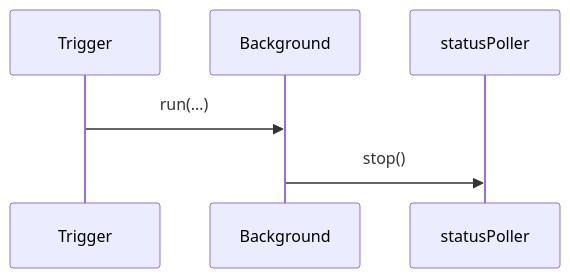
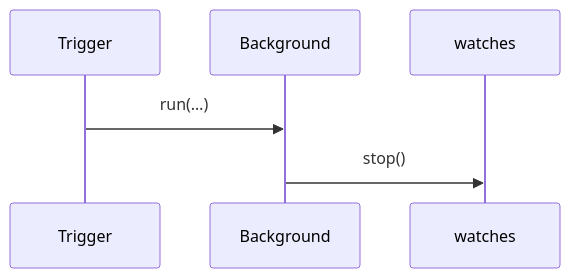
One commit to stefanhoelzl/SnapSync changed the diagram in architecture/flows/Background.md. Above: the diagram before and after it, drawn with Mermaid. The commit also changed 68 other files, not shown here.

````diff
--- a/architecture/flows/Background.md
+++ b/architecture/flows/Background.md
@@ -14,8 +14,8 @@
 ```mermaid
 sequenceDiagram
   participant Trigger
   participant Background
-  participant statusPoller
+  participant watches
   Trigger->>Background: run(…)
-  Background->>statusPoller: stop()
+  Background->>watches: stop()
 ```
````
